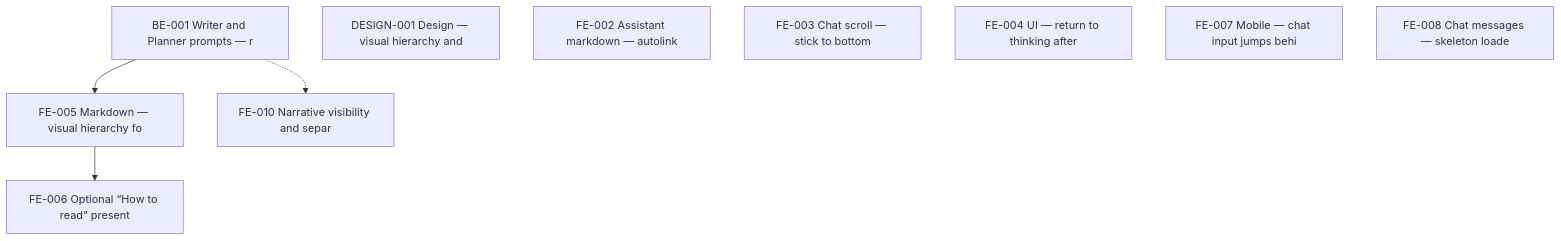
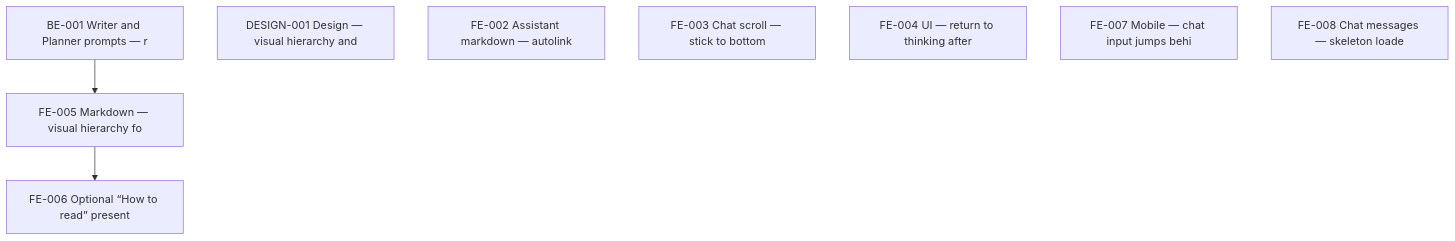
Before and after one commit to admariner/data-ai-chatbot: the diagram in TODO/README.md, drawn with Mermaid. The commit also changed other lines of this file and 11 other files, not shown here.

````diff
--- a/TODO/README.md
+++ b/TODO/README.md
@@ -34,16 +34,14 @@
 ```mermaid
 flowchart TB
   BE001["BE-001 Writer and Planner prompts — r"]
   DESIGN001["DESIGN-001 Design — visual hierarchy and "]
   FE002["FE-002 Assistant markdown — autolink "]
   FE003["FE-003 Chat scroll — stick to bottom "]
   FE004["FE-004 UI — return to thinking after "]
   FE005["FE-005 Markdown — visual hierarchy fo"]
   FE006["FE-006 Optional “How to read” present"]
   FE007["FE-007 Mobile — chat input jumps behi"]
   FE008["FE-008 Chat messages — skeleton loade"]
-  FE010["FE-010 Narrative visibility and separ"]
   BE001 --> FE005
   FE005 --> FE006
-  BE001 -.-> FE010
 ```
````
